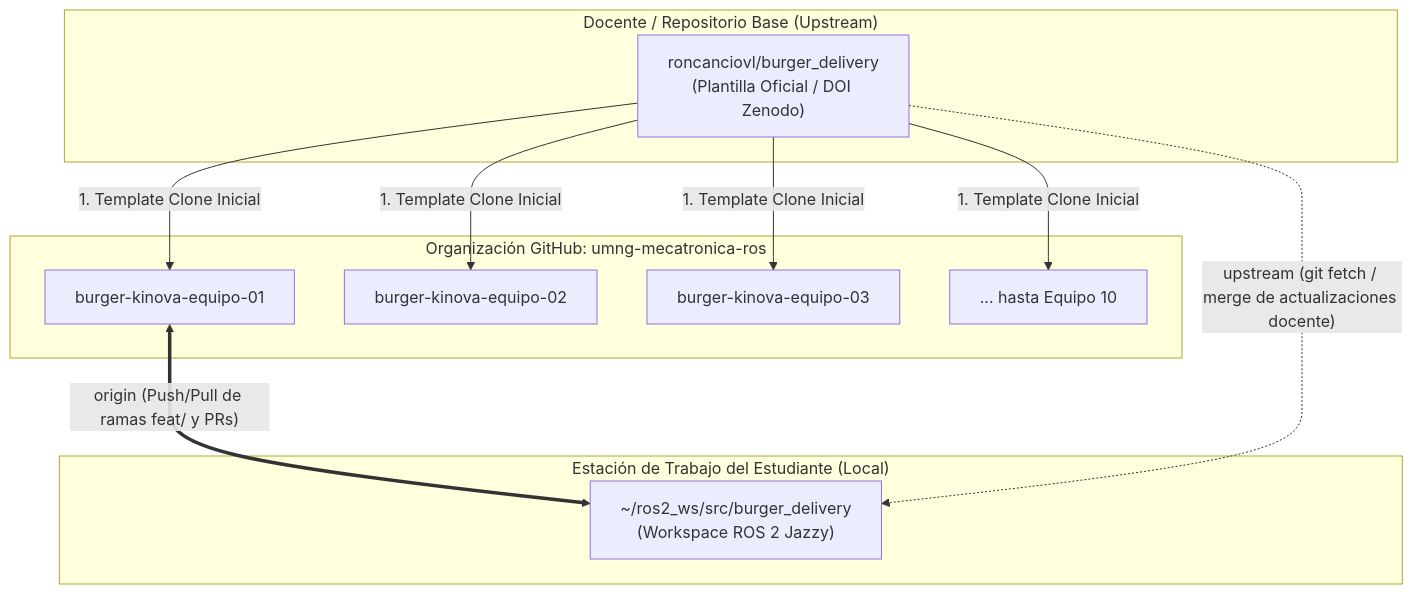
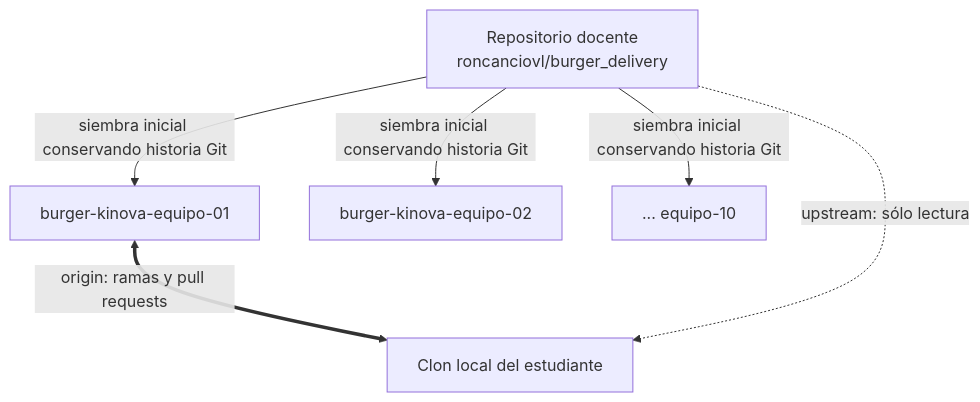
One commit to roncanciovl/burger_delivery changed the diagram in education/proyectos_evaluables/CONFIGURACION_REPOSITORIOS_EQUIPOS.md. Above: the diagram before and after it, drawn with Mermaid. The commit also changed other lines of this file and 6 other files, not shown here.

````diff
--- a/education/proyectos_evaluables/CONFIGURACION_REPOSITORIOS_EQUIPOS.md
+++ b/education/proyectos_evaluables/CONFIGURACION_REPOSITORIOS_EQUIPOS.md
@@ -16,25 +13,14 @@
 ```mermaid
 graph TD
-    subgraph Docente ["Docente / Repositorio Base (Upstream)"]
-        BaseRepo["roncanciovl/burger_delivery<br/>(Plantilla Oficial / DOI Zenodo)"]
-    end
+    B["Repositorio docente<br/>roncanciovl/burger_delivery"]
+    T1["burger-kinova-equipo-01"]
+    T2["burger-kinova-equipo-02"]
+    TN["... equipo-10"]
+    L["Clon local del estudiante"]
 
-    subgraph Org ["Organización GitHub: umng-mecatronica-ros"]
-        R1["burger-kinova-equipo-01"]
-        R2["burger-kinova-equipo-02"]
-        R3["burger-kinova-equipo-03"]
-        RN["... hasta Equipo 10"]
-    end
-
-    subgraph Estacion ["Estación de Trabajo del Estudiante (Local)"]
-        LocalClone["~/ros2_ws/src/burger_delivery<br/>(Workspace ROS 2 Jazzy)"]
-    end
-
-    BaseRepo -- "1. Template Clone Inicial" --> R1
-    BaseRepo -- "1. Template Clone Inicial" --> R2
-    BaseRepo -- "1. Template Clone Inicial" --> R3
-    BaseRepo -- "1. Template Clone Inicial" --> RN
-
-    R1 <== "origin (Push/Pull de ramas feat/ y PRs)" ==> LocalClone
-    BaseRepo -. "upstream (git fetch / merge de actualizaciones docente)" .-> LocalClone
+    B -- "siembra inicial conservando historia Git" --> T1
+    B -- "siembra inicial conservando historia Git" --> T2
+    B -- "siembra inicial conservando historia Git" --> TN
+    T1 <== "origin: ramas y pull requests" ==> L
+    B -. "upstream: sólo lectura" .-> L
 ```
````
